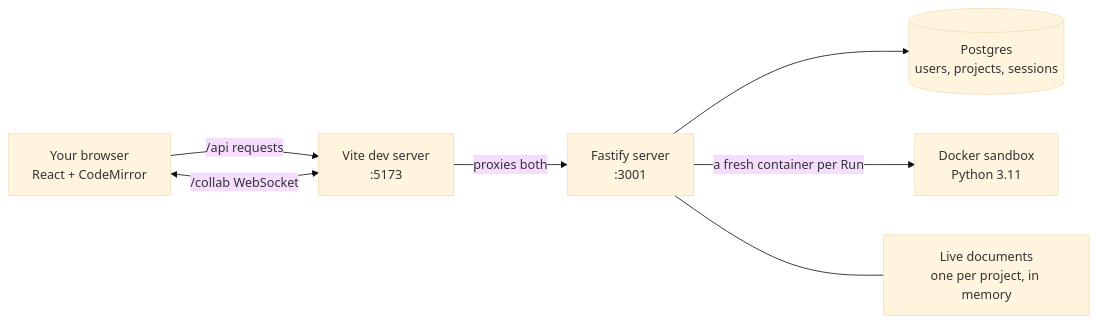
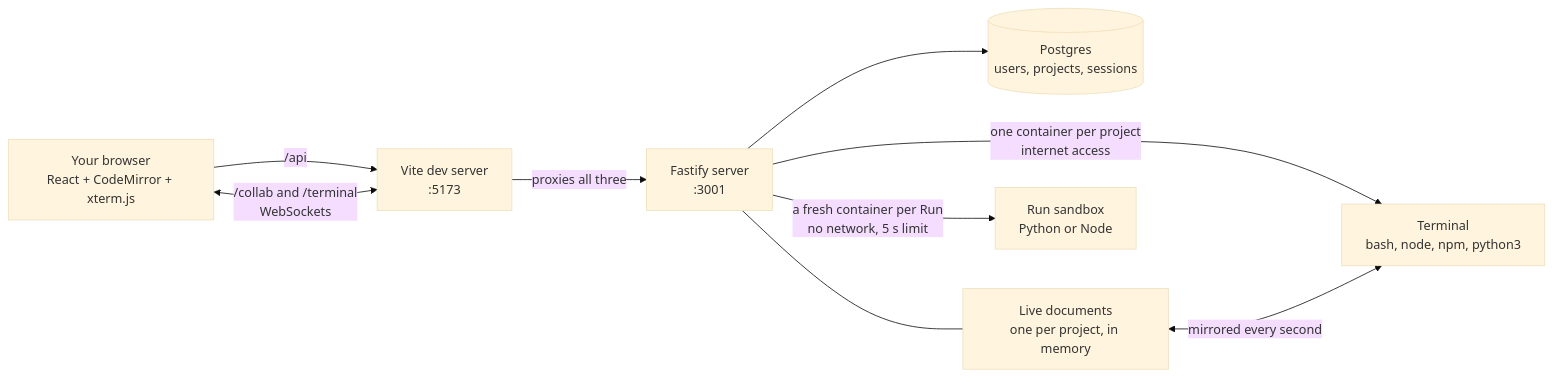
One commit to dharmitpatel81/Cloud-IDE changed the diagram in README.md. Above: the diagram before and after it, drawn with Mermaid (base theme). The commit also changed other lines of this file and 36 other files, not shown here.

````diff
--- a/README.md
+++ b/README.md
@@ -40,9 +39,11 @@
 ```mermaid
 flowchart LR
-    B["Your browser<br/>React + CodeMirror"] -->|"/api requests"| V["Vite dev server<br/>:5173"]
-    B <-->|"/collab WebSocket"| V
-    V -->|"proxies both"| S["Fastify server<br/>:3001"]
+    B["Your browser<br/>React + CodeMirror + xterm.js"] -->|"/api"| V["Vite dev server<br/>:5173"]
+    B <-->|"/collab and /terminal<br/>WebSockets"| V
+    V -->|"proxies all three"| S["Fastify server<br/>:3001"]
     S --> P[("Postgres<br/>users, projects, sessions")]
-    S -->|"a fresh container per Run"| D["Docker sandbox<br/>Python 3.11"]
     S --- Y["Live documents<br/>one per project, in memory"]
+    S -->|"a fresh container per Run<br/>no network, 5 s limit"| R["Run sandbox<br/>Python or Node"]
+    S -->|"one container per project<br/>internet access"| T["Terminal<br/>bash, node, npm, python3"]
+    Y <-->|"mirrored every second"| T
 ```
````
